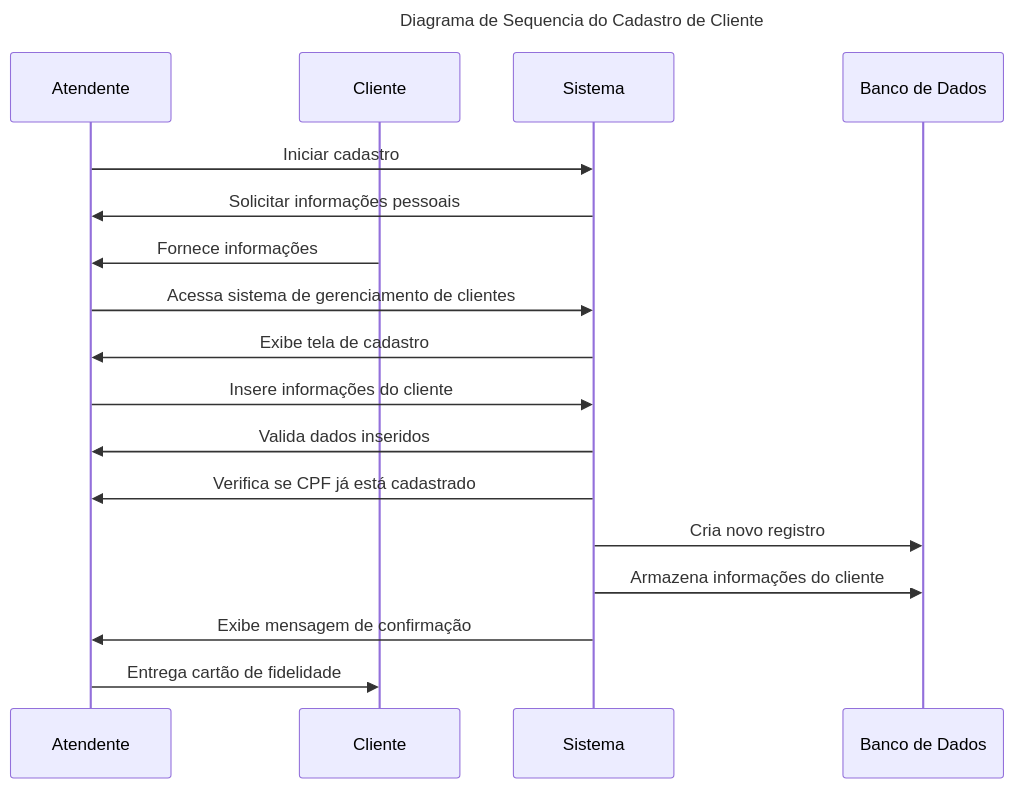
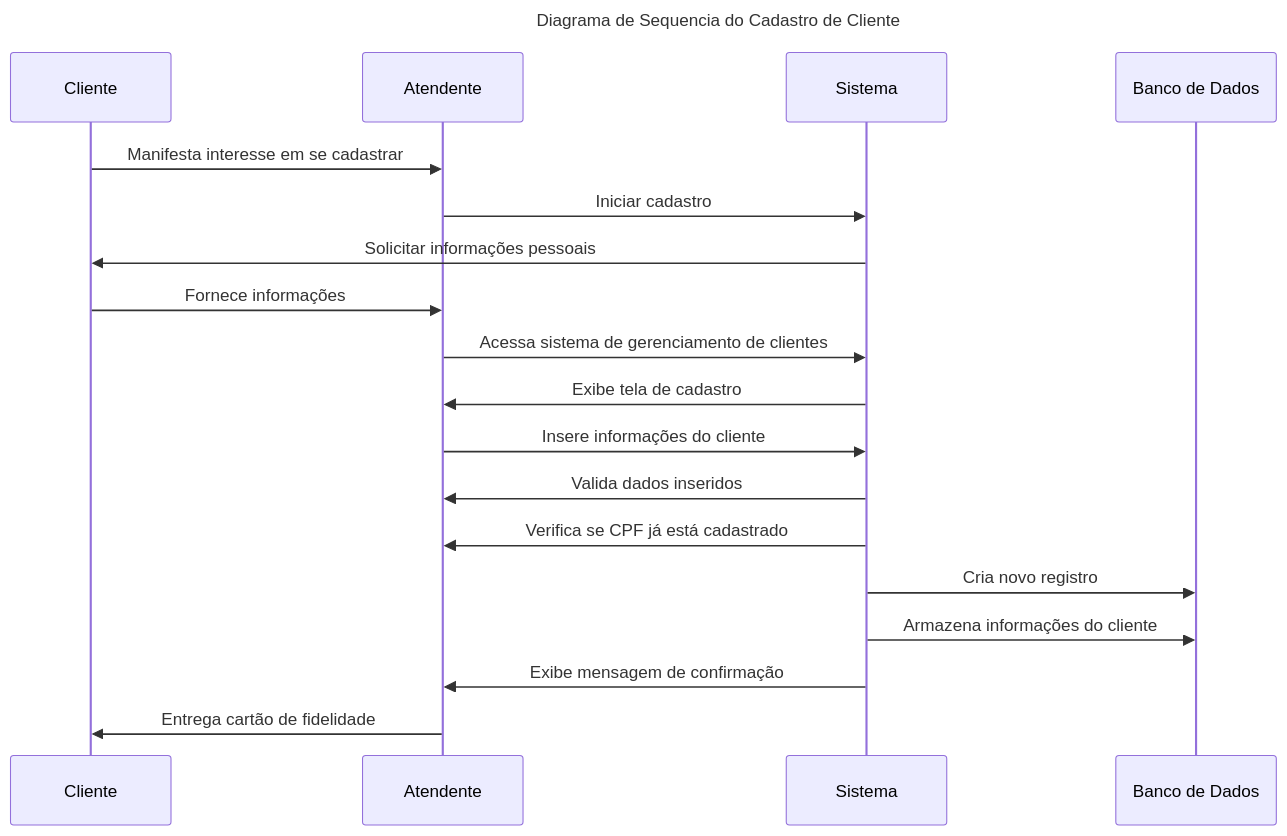
Diagram 14 of 14 in engenharia/diagrams.md (h4mn/fatec_tarefas), drawn with Mermaid before and after one commit. The commit also changed other lines of this file, not shown here.

````diff
--- a/engenharia/diagrams.md
+++ b/engenharia/diagrams.md
@@ -227,22 +346,23 @@
 ```mermaid
 ---
 title: Diagrama de Sequencia do Cadastro de Cliente
 ---
 sequenceDiagram
+    participant Cliente
     participant Atendente
-    participant Cliente
     participant Sistema
     participant Banco de Dados
+    Cliente->>Atendente: Manifesta interesse em se cadastrar
     Atendente->>Sistema: Iniciar cadastro
-    Sistema->>Atendente: Solicitar informações pessoais
+    Sistema->>Cliente: Solicitar informações pessoais
     Cliente->>Atendente: Fornece informações
     Atendente->>Sistema: Acessa sistema de gerenciamento de clientes
     Sistema->>Atendente: Exibe tela de cadastro
     Atendente->>Sistema: Insere informações do cliente
     Sistema->>Atendente: Valida dados inseridos
     Sistema->>Atendente: Verifica se CPF já está cadastrado
     Sistema->>Banco de Dados: Cria novo registro
     Sistema->>Banco de Dados: Armazena informações do cliente
     Sistema->>Atendente: Exibe mensagem de confirmação
     Atendente->>Cliente: Entrega cartão de fidelidade
 ```
````
